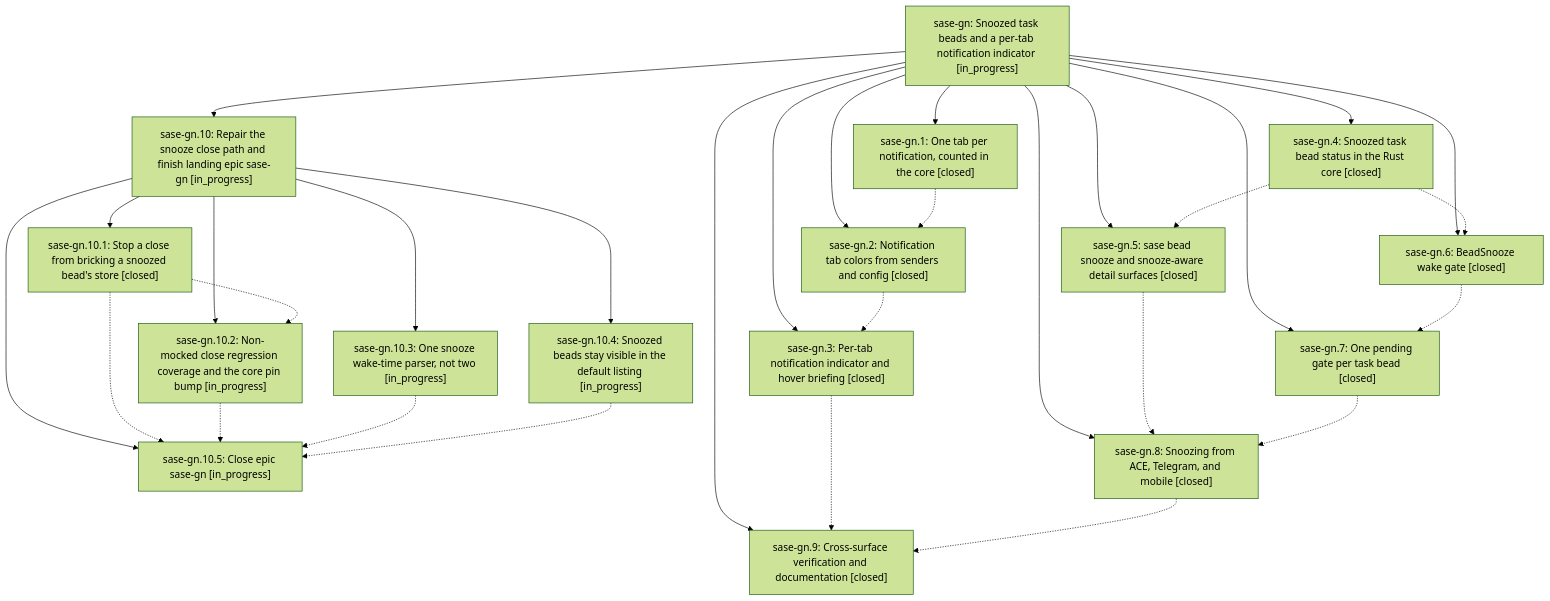
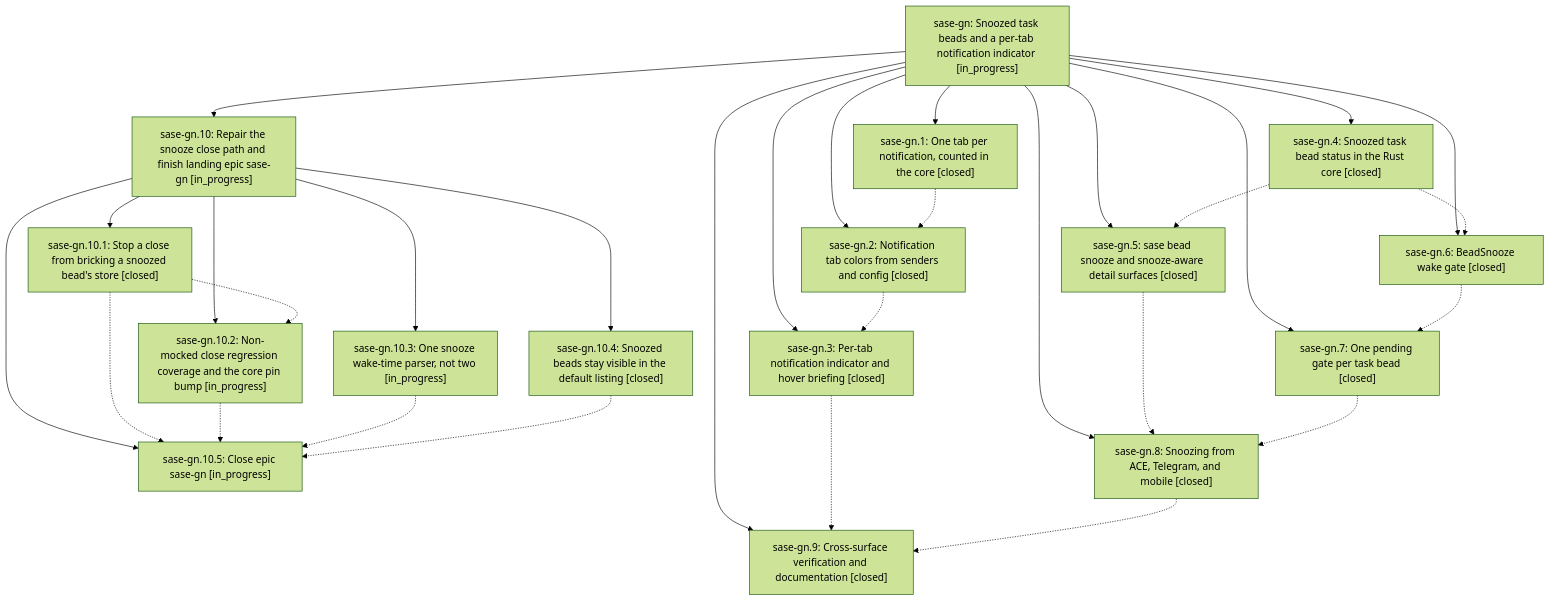
The diagram in pages/sase-gn/README.md (sase-org/sase--beads), drawn with Mermaid (forest theme) before and after one commit. The commit also changed other lines of this file and 3 other files, not shown here.

First line of the commit message:
chore(beads): sync bead state and pages for sase-gn

````diff
--- a/pages/sase-gn/README.md
+++ b/pages/sase-gn/README.md
@@ -74,48 +74,48 @@
 ```mermaid
 flowchart TD
     n0["sase-gn: Snoozed task beads and a per-tab notification indicator [in_progress]"]
     n1["sase-gn.1: One tab per notification, counted in the core [closed]"]
     n2["sase-gn.10: Repair the snooze close path and finish landing epic sase-gn [in_progress]"]
     n3["sase-gn.10.1: Stop a close from bricking a snoozed bead's store [closed]"]
     n4["sase-gn.10.2: Non-mocked close regression coverage and the core pin bump [in_progress]"]
     n5["sase-gn.10.3: One snooze wake-time parser, not two [in_progress]"]
-    n6["sase-gn.10.4: Snoozed beads stay visible in the default listing [in_progress]"]
+    n6["sase-gn.10.4: Snoozed beads stay visible in the default listing [closed]"]
     n7["sase-gn.10.5: Close epic sase-gn [in_progress]"]
     n8["sase-gn.2: Notification tab colors from senders and config [closed]"]
     n9["sase-gn.3: Per-tab notification indicator and hover briefing [closed]"]
     n10["sase-gn.4: Snoozed task bead status in the Rust core [closed]"]
     n11["sase-gn.5: sase bead snooze and snooze-aware detail surfaces [closed]"]
     n12["sase-gn.6: BeadSnooze wake gate [closed]"]
     n13["sase-gn.7: One pending gate per task bead [closed]"]
     n14["sase-gn.8: Snoozing from ACE, Telegram, and mobile [closed]"]
     n15["sase-gn.9: Cross-surface verification and documentation [closed]"]
     n0 --> n1
     n0 --> n2
     n2 --> n3
     n2 --> n4
     n2 --> n5
     n2 --> n6
     n2 --> n7
     n0 --> n8
     n0 --> n9
     n0 --> n10
     n0 --> n11
     n0 --> n12
     n0 --> n13
     n0 --> n14
     n0 --> n15
     n1 -.-> n8
     n3 -.-> n4
     n3 -.-> n7
     n4 -.-> n7
     n5 -.-> n7
     n6 -.-> n7
     n8 -.-> n9
     n9 -.-> n15
     n10 -.-> n11
     n10 -.-> n12
     n11 -.-> n14
     n12 -.-> n13
     n13 -.-> n14
     n14 -.-> n15
 ```
````
